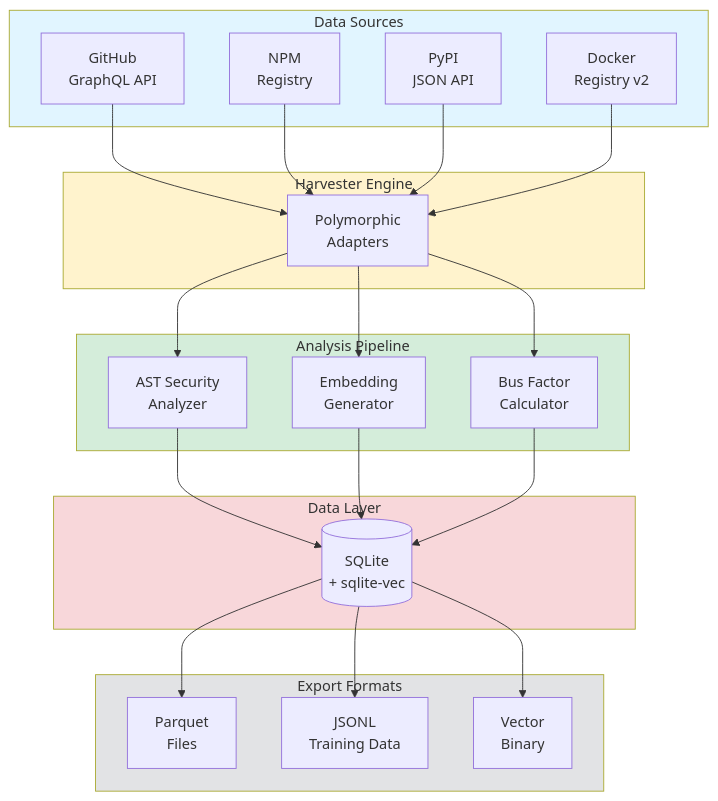
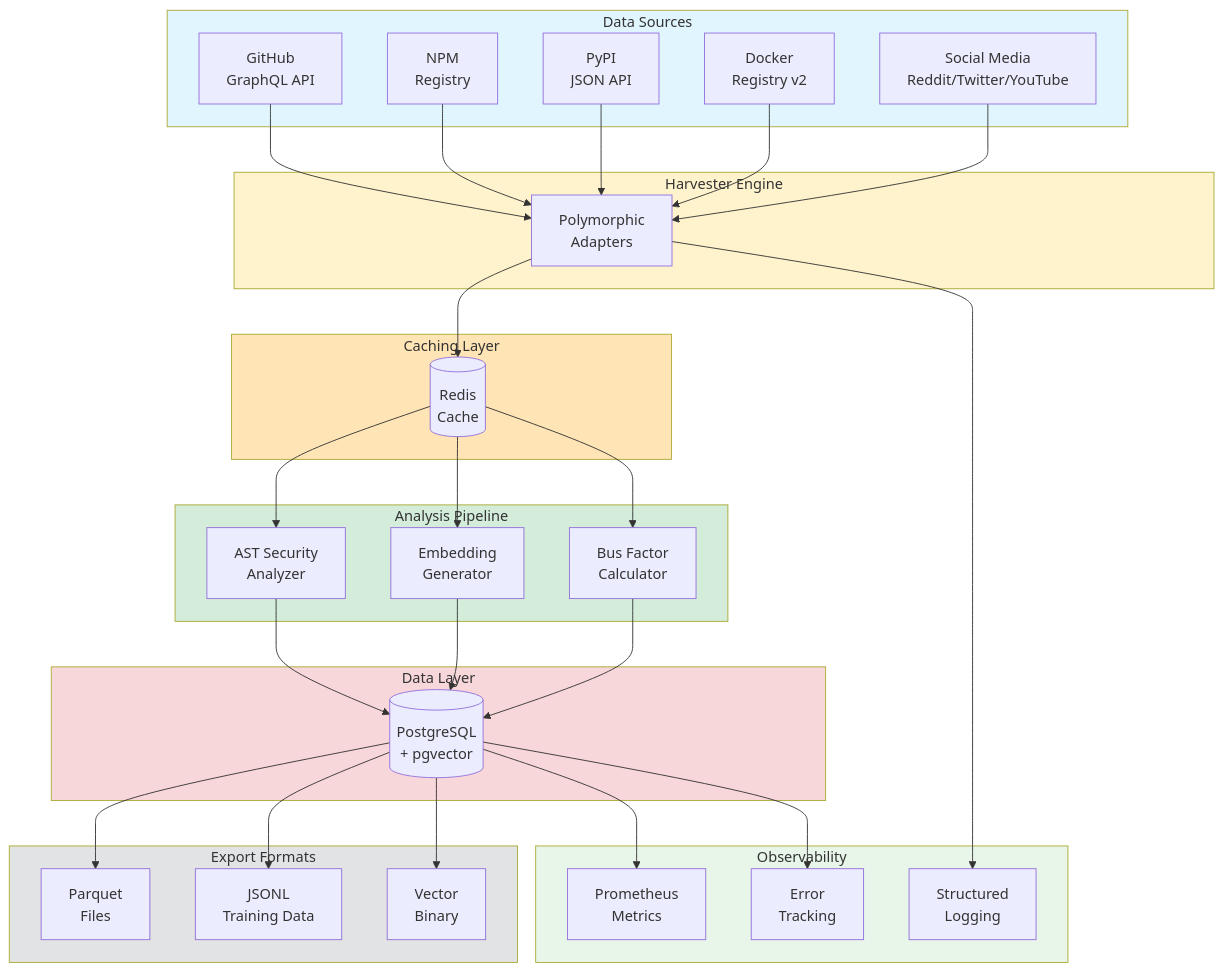
Before and after one commit to wyattowalsh/mcps: the diagram in docs/source/index.md, drawn with Mermaid. The commit also changed other lines of this file and 90 other files, not shown here.

````diff
--- a/docs/source/index.md
+++ b/docs/source/index.md
@@ -180,52 +180,71 @@
 ```{mermaid}
 flowchart TB
     subgraph Sources["Data Sources"]
         GH[GitHub<br/>GraphQL API]
         NPM[NPM<br/>Registry]
         PYPI[PyPI<br/>JSON API]
         DOCKER[Docker<br/>Registry v2]
+        SOCIAL[Social Media<br/>Reddit/Twitter/YouTube]
     end
 
     subgraph Harvester["Harvester Engine"]
         ADAPTER[Polymorphic<br/>Adapters]
     end
 
     subgraph Analysis["Analysis Pipeline"]
         AST[AST Security<br/>Analyzer]
         EMB[Embedding<br/>Generator]
         BUS[Bus Factor<br/>Calculator]
     end
 
+    subgraph Cache["Caching Layer"]
+        REDIS[(Redis<br/>Cache)]
+    end
+
     subgraph Storage["Data Layer"]
-        DB[(SQLite<br/>+ sqlite-vec)]
+        DB[(PostgreSQL<br/>+ pgvector)]
     end
 
     subgraph Export["Export Formats"]
         PARQUET[Parquet<br/>Files]
         JSONL[JSONL<br/>Training Data]
         VEC[Vector<br/>Binary]
     end
 
+    subgraph Monitoring["Observability"]
+        METRICS[Prometheus<br/>Metrics]
+        LOGS[Structured<br/>Logging]
+        SENTRY[Error<br/>Tracking]
+    end
+
     GH --> ADAPTER
     NPM --> ADAPTER
     PYPI --> ADAPTER
     DOCKER --> ADAPTER
+    SOCIAL --> ADAPTER
 
-    ADAPTER --> AST
-    ADAPTER --> EMB
-    ADAPTER --> BUS
+    ADAPTER --> REDIS
+    REDIS --> AST
+    REDIS --> EMB
+    REDIS --> BUS
 
     AST --> DB
     EMB --> DB
     BUS --> DB
 
     DB --> PARQUET
     DB --> JSONL
     DB --> VEC
 
+    DB --> METRICS
+    ADAPTER --> LOGS
+    DB --> SENTRY
+
     style Sources fill:#e1f5ff
     style Harvester fill:#fff3cd
     style Analysis fill:#d4edda
+    style Cache fill:#ffe4b5
     style Storage fill:#f8d7da
     style Export fill:#e2e3e5
+    style Monitoring fill:#e8f5e9
 ```
````
